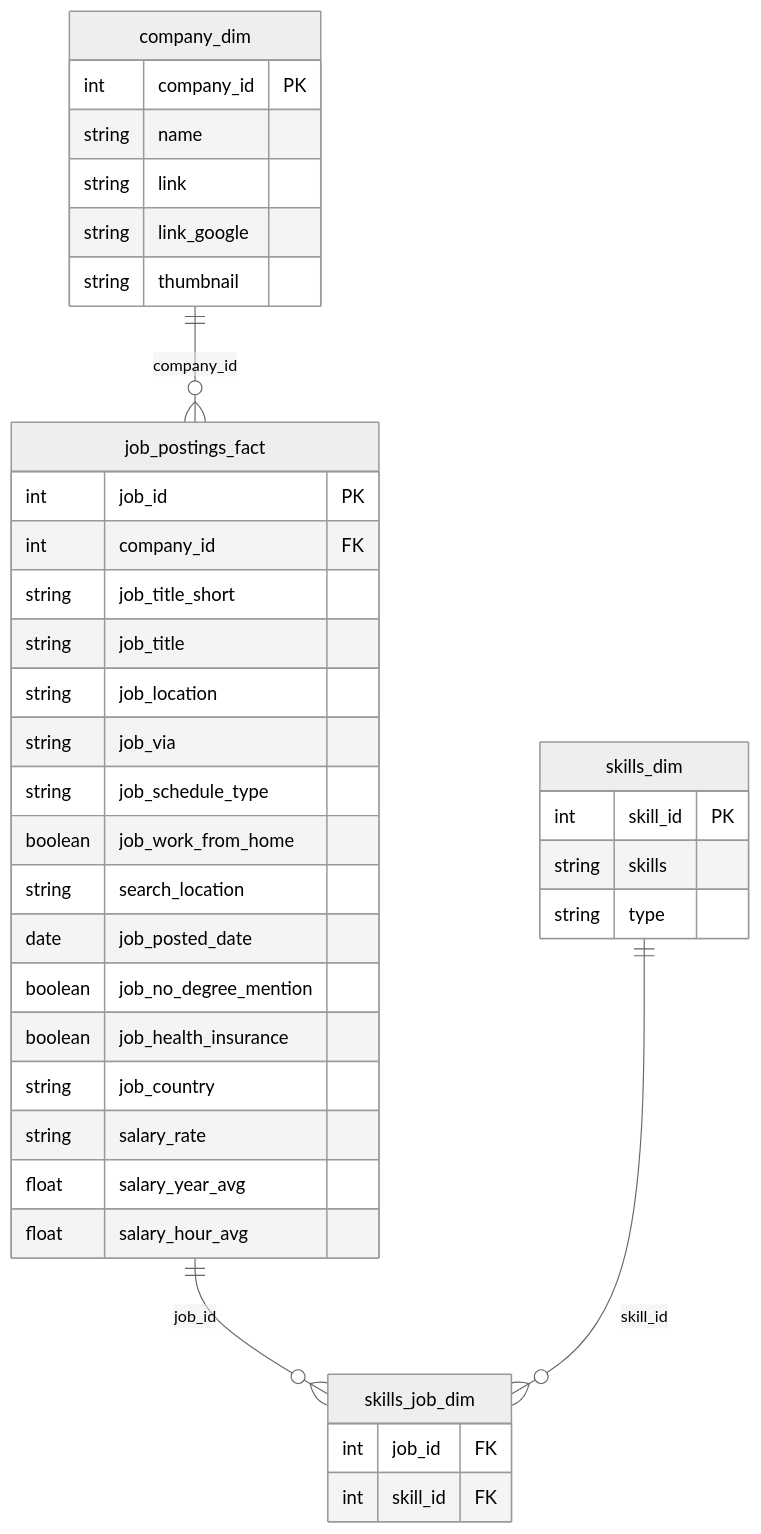
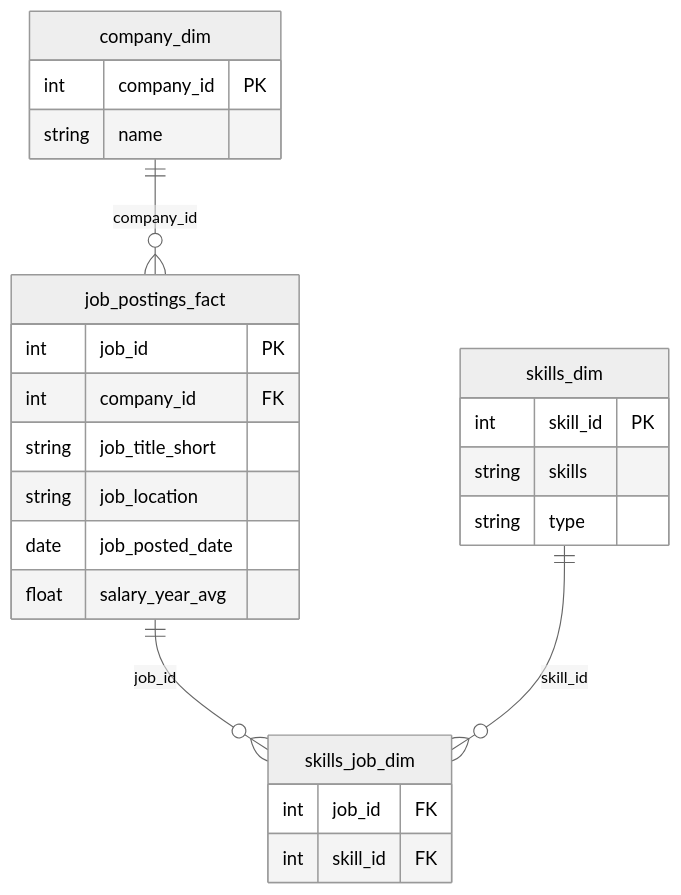
One commit to ChrisVu16-git/SQL_Projects changed the diagram in README.md. Above: the diagram before and after it, drawn with Mermaid (neutral theme). The commit also changed other lines of this file, not shown here.

Commit message:
Streamline portfolio README and link reorganized notebooks

````diff
--- a/README.md
+++ b/README.md
@@ -46,44 +44,28 @@
 ```mermaid
 erDiagram
     company_dim ||--o{ job_postings_fact : "company_id"
     job_postings_fact ||--o{ skills_job_dim : "job_id"
     skills_dim ||--o{ skills_job_dim : "skill_id"
 
     company_dim {
         int company_id PK
         string name
-        string link
-        string link_google
-        string thumbnail
     }
-
     job_postings_fact {
         int job_id PK
         int company_id FK
         string job_title_short
-        string job_title
         string job_location
-        string job_via
-        string job_schedule_type
-        boolean job_work_from_home
-        string search_location
         date job_posted_date
-        boolean job_no_degree_mention
-        boolean job_health_insurance
-        string job_country
-        string salary_rate
         float salary_year_avg
-        float salary_hour_avg
     }
-
     skills_dim {
         int skill_id PK
         string skills
         string type
     }
-
     skills_job_dim {
         int job_id FK
         int skill_id FK
     }
 ```
````
